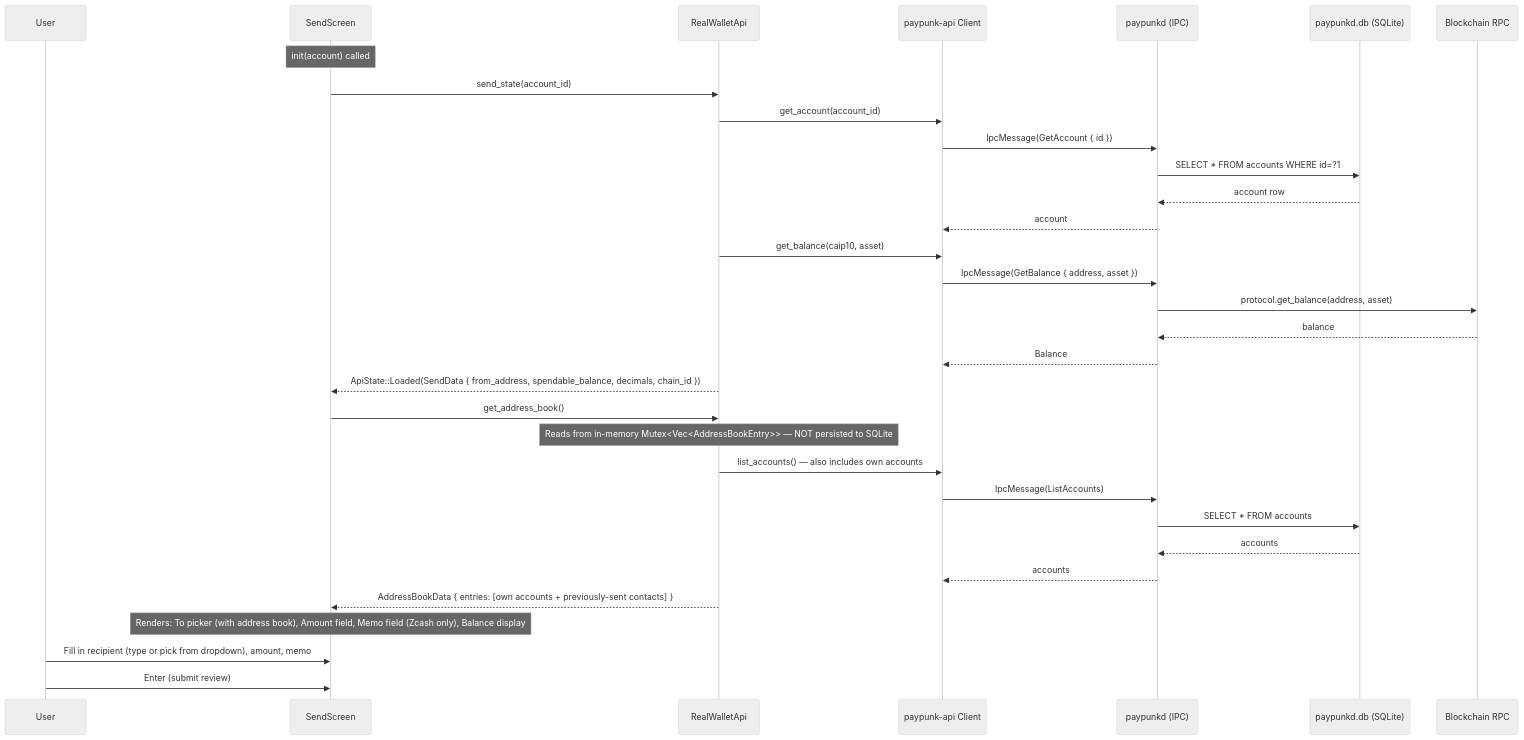
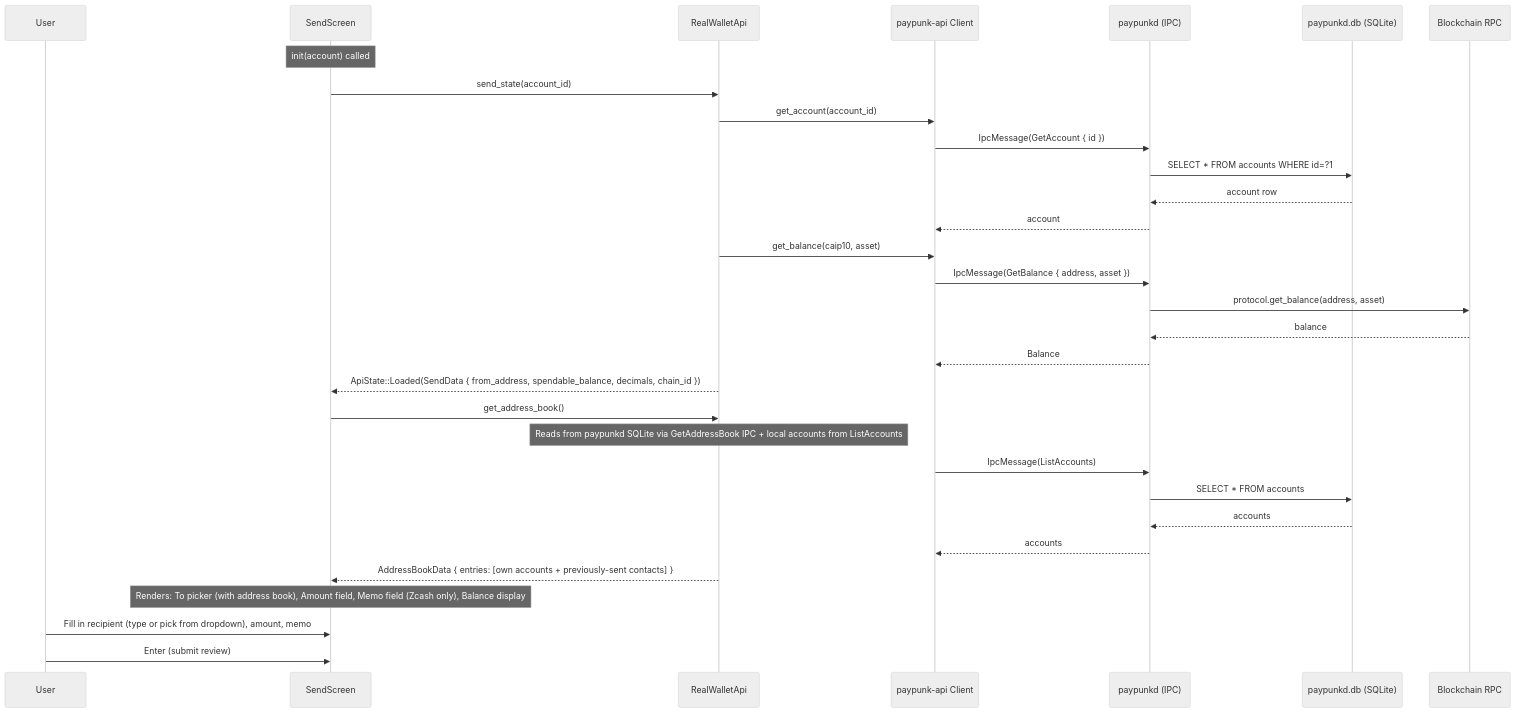
One commit to blockhackersio/paypunk changed the first of 4 diagrams in tui/docs/usecases/06-send.md. Above: the diagram before and after it, drawn with Mermaid (neutral theme). The commit also changed other lines of this file and 8 other files, not shown here.

````diff
--- a/tui/docs/usecases/06-send.md
+++ b/tui/docs/usecases/06-send.md
@@ -15,38 +14,37 @@
 ```mermaid
 sequenceDiagram
     participant U as User
     participant TUI as SendScreen
     participant API as RealWalletApi
     participant Client as paypunk-api Client
     participant paypunkd as paypunkd (IPC)
     participant SQLite as paypunkd.db (SQLite)
     participant Chain as Blockchain RPC
 
     Note over TUI: init(account) called
     TUI->>API: send_state(account_id)
     API->>Client: get_account(account_id)
     Client->>paypunkd: IpcMessage(GetAccount { id })
     paypunkd->>SQLite: SELECT * FROM accounts WHERE id=?1
     SQLite-->>paypunkd: account row
     paypunkd-->>Client: account
     API->>Client: get_balance(caip10, asset)
     Client->>paypunkd: IpcMessage(GetBalance { address, asset })
     paypunkd->>Chain: protocol.get_balance(address, asset)
     Chain-->>paypunkd: balance
     paypunkd-->>Client: Balance
     API-->>TUI: ApiState::Loaded(SendData { from_address, spendable_balance, decimals, chain_id })
 
     TUI->>API: get_address_book()
-    Note over API: Reads from in-memory Mutex<Vec<AddressBookEntry>> — NOT persisted to SQLite
-    API->>Client: list_accounts() — also includes own accounts
+    Note over API: Reads from paypunkd SQLite via GetAddressBook IPC + local accounts from ListAccounts
     Client->>paypunkd: IpcMessage(ListAccounts)
     paypunkd->>SQLite: SELECT * FROM accounts
     SQLite-->>paypunkd: accounts
     paypunkd-->>Client: accounts
     API-->>TUI: AddressBookData { entries: [own accounts + previously-sent contacts] }
 
     Note over TUI: Renders: To picker (with address book), Amount field, Memo field (Zcash only), Balance display
 
     U->>TUI: Fill in recipient (type or pick from dropdown), amount, memo
     U->>TUI: Enter (submit review)
 ```
````
